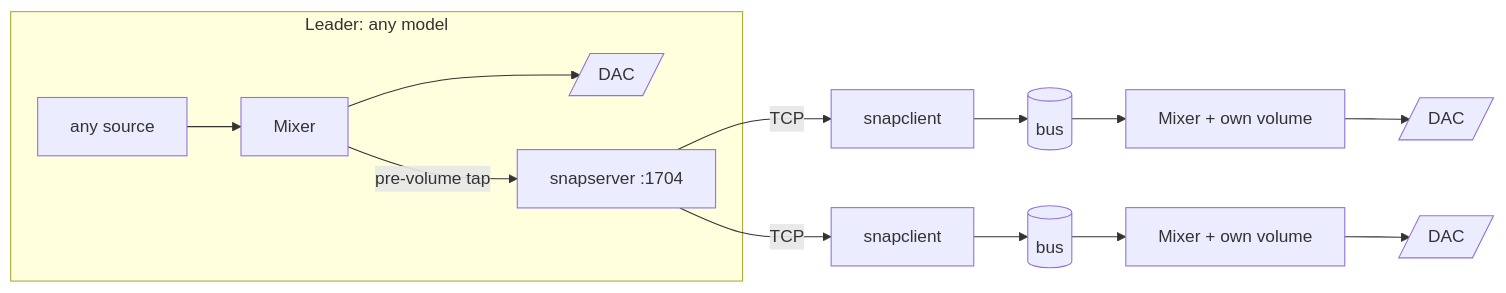
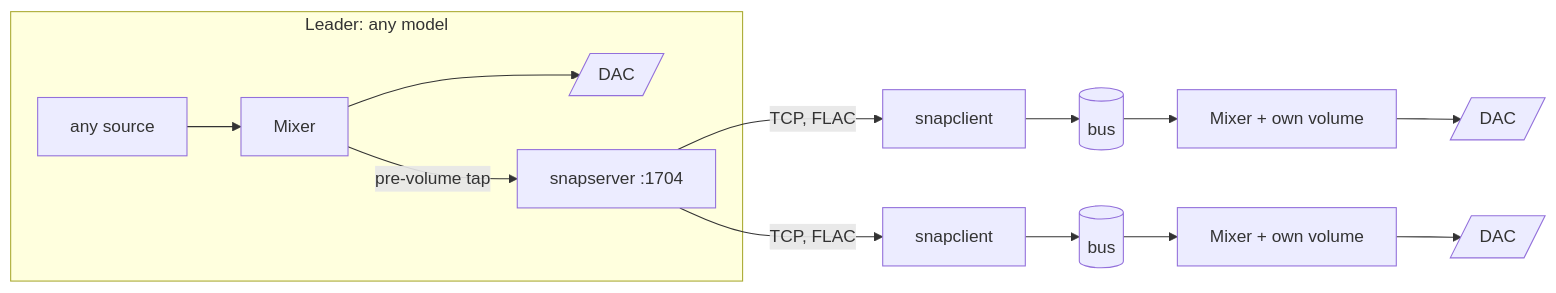
One commit to stein155/soundtap changed the diagram in docs/decisions/0013-multiroom-through-snapcast.md. Above: the diagram before and after it, drawn with Mermaid. The commit also changed other lines of this file and 11 other files, not shown here.

First line of the commit message:
feat(multiroom): send FLAC between speakers, run the stream feeders below the DAC

````diff
--- a/docs/decisions/0013-multiroom-through-snapcast.md
+++ b/docs/decisions/0013-multiroom-through-snapcast.md
@@ -20,9 +20,9 @@
 ```mermaid
 flowchart LR
   subgraph Leader [Leader: any model]
     SRC[any source] --> LMIX[Mixer] --> LDAC[/DAC/]
     LMIX -- pre-volume tap --> SS[snapserver :1704]
   end
-  SS -- TCP --> F1[snapclient] --> B1[(bus)] --> M1[Mixer + own volume] --> D1[/DAC/]
-  SS -- TCP --> F2[snapclient] --> B2[(bus)] --> M2[Mixer + own volume] --> D2[/DAC/]
+  SS -- TCP, FLAC --> F1[snapclient] --> B1[(bus)] --> M1[Mixer + own volume] --> D1[/DAC/]
+  SS -- TCP, FLAC --> F2[snapclient] --> B2[(bus)] --> M2[Mixer + own volume] --> D2[/DAC/]
 ```
````
